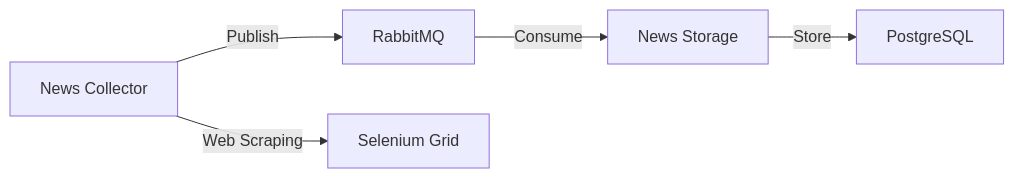
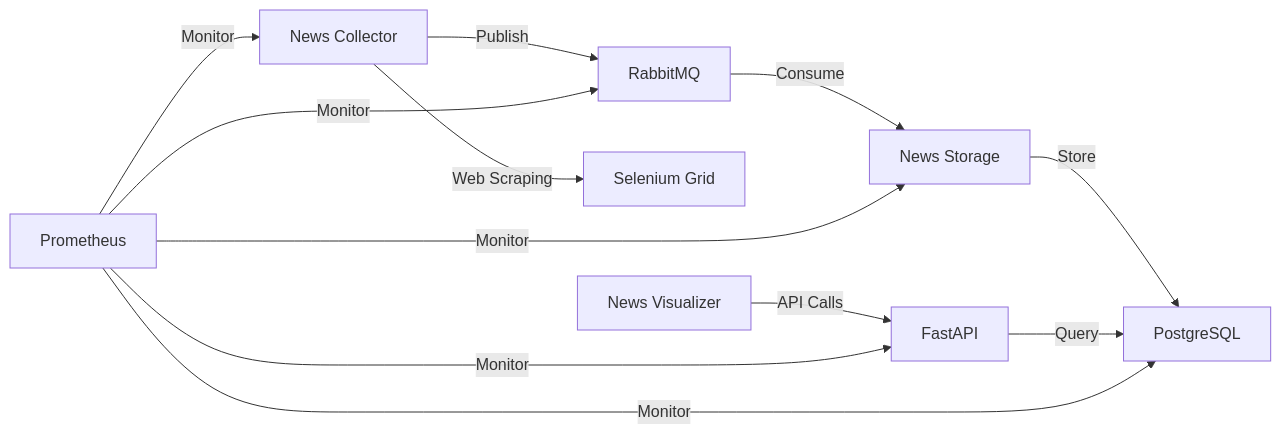
The first of 2 diagrams in README.md (adalgu/RiskWatch), drawn with Mermaid before and after one commit. The commit also changed other lines of this file and 147 other files, not shown here.

Commit message:
SQLModel, FastAPI, RabbitMQ

````diff
--- a/README.md
+++ b/README.md
@@ -34,7 +46,10 @@
 ```mermaid
 graph LR
     A[News Collector] -->|Publish| B[RabbitMQ]
     A -->|Web Scraping| E[Selenium Grid]
     B -->|Consume| C[News Storage]
     C -->|Store| D[PostgreSQL]
+    F[FastAPI] -->|Query| D
+    G[News Visualizer] -->|API Calls| F
+    H[Prometheus] -->|Monitor| A & B & C & D & F
 ```
````
